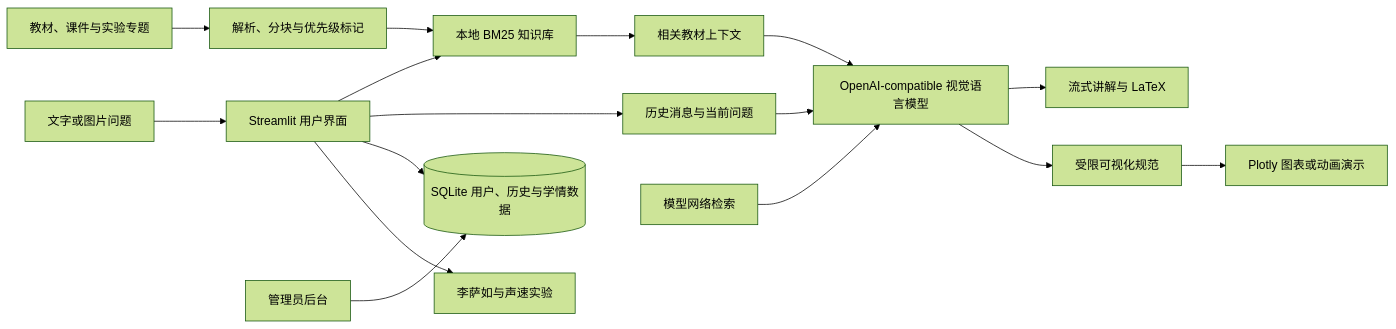
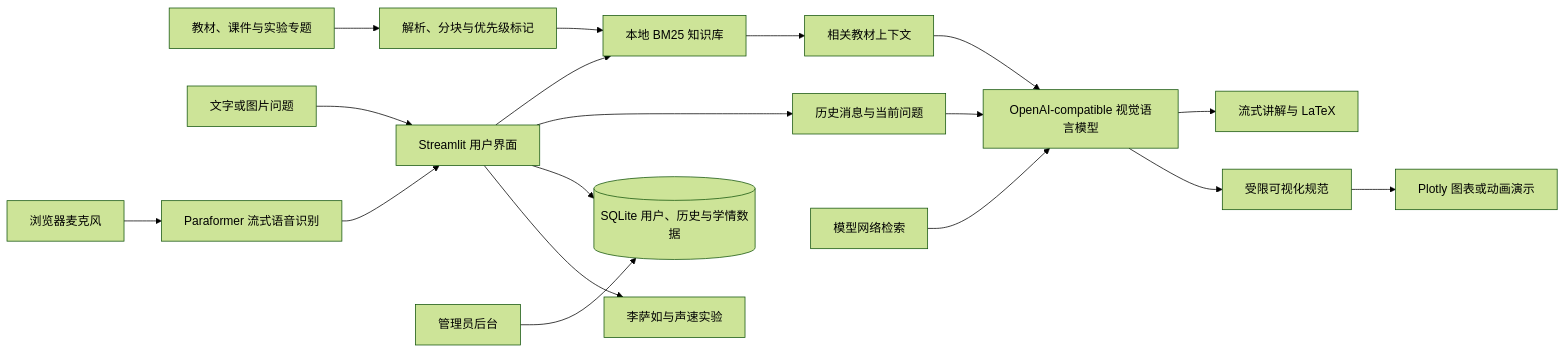
One commit to RENAI-PHYSICS-AI/Ren-ai_Intelligent_Teaching_Assistant_for_College_Physics changed the diagram in README.md. Above: the diagram before and after it, drawn with Mermaid (forest theme). The commit also changed other lines of this file and 41 other files, not shown here.

````diff
--- a/README.md
+++ b/README.md
@@ -39,18 +44,20 @@
 ```mermaid
 flowchart LR
     A[教材、课件与实验专题] --> B[解析、分块与优先级标记]
     B --> C[本地 BM25 知识库]
     D[文字或图片问题] --> E[Streamlit 用户界面]
+    P[浏览器麦克风] --> Q[Paraformer 流式语音识别]
+    Q --> E
     E --> C
     C --> F[相关教材上下文]
     E --> G[历史消息与当前问题]
     F --> H[OpenAI-compatible 视觉语言模型]
     G --> H
     O[模型网络检索] --> H
     H --> I[流式讲解与 LaTeX]
     H --> J[受限可视化规范]
     J --> K[Plotly 图表或动画演示]
     E --> L[(SQLite 用户、历史与学情数据)]
     M[管理员后台] --> L
     E --> N[李萨如与声速实验]
 ```
````
